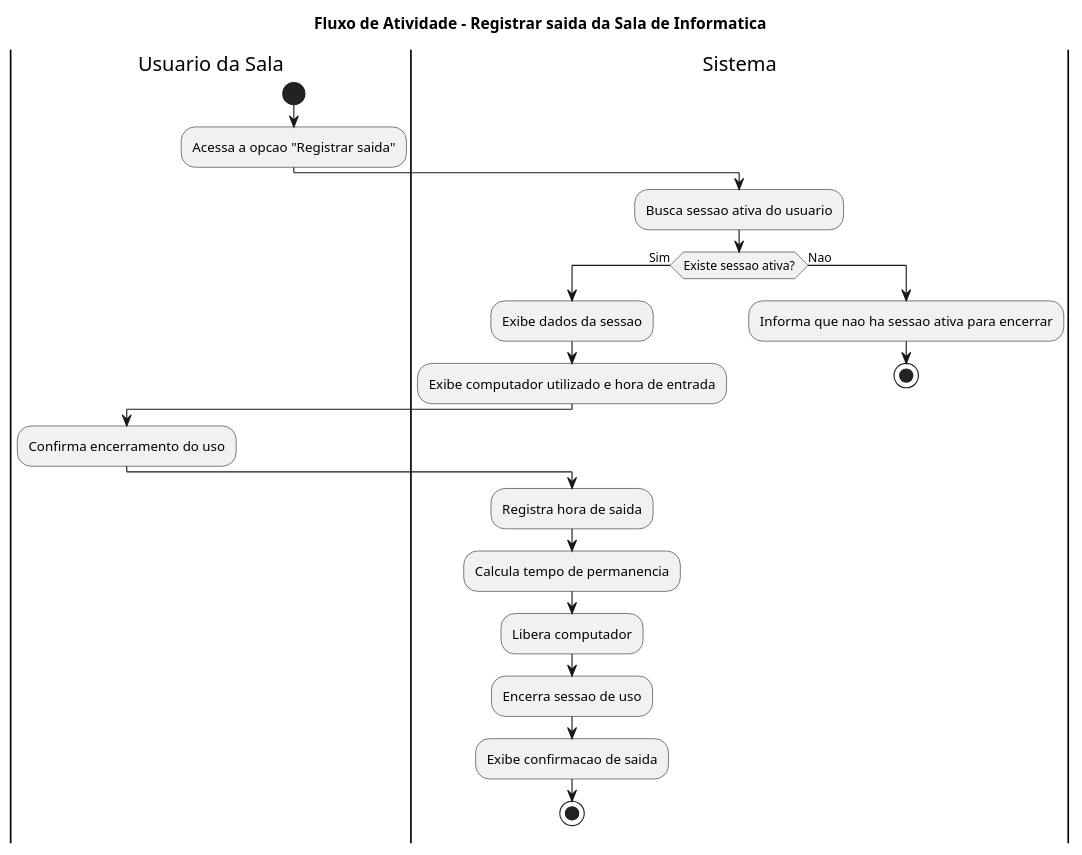
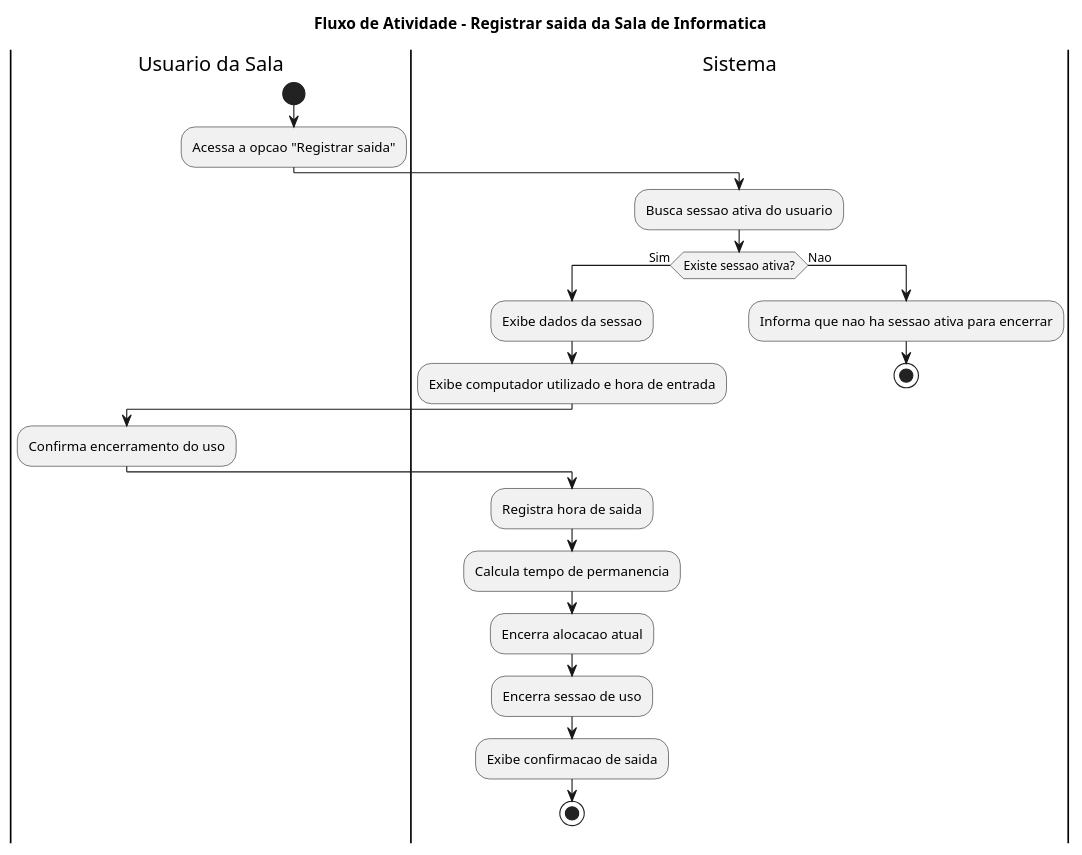
Before and after one commit to MarcosVini753/estagio: the diagram in docs/diagrams/atividades/03-usuario-registrar-saida.puml, drawn with PlantUML. The commit also changed 15 other files, not shown here.

```diff
--- a/docs/diagrams/atividades/03-usuario-registrar-saida.puml
+++ b/docs/diagrams/atividades/03-usuario-registrar-saida.puml
@@ -1,31 +1,31 @@
 @startuml
 title Fluxo de Atividade - Registrar saida da Sala de Informatica
 
 |Usuario da Sala|
 start
 :Acessa a opcao "Registrar saida";
 
 |Sistema|
 :Busca sessao ativa do usuario;
 
 if (Existe sessao ativa?) then (Sim)
   :Exibe dados da sessao;
   :Exibe computador utilizado e hora de entrada;
 
   |Usuario da Sala|
   :Confirma encerramento do uso;
 
   |Sistema|
   :Registra hora de saida;
   :Calcula tempo de permanencia;
-  :Libera computador;
+  :Encerra alocacao atual;
   :Encerra sessao de uso;
   :Exibe confirmacao de saida;
   stop
 
 else (Nao)
   :Informa que nao ha sessao ativa para encerrar;
   stop
 endif
 
 @enduml
```
